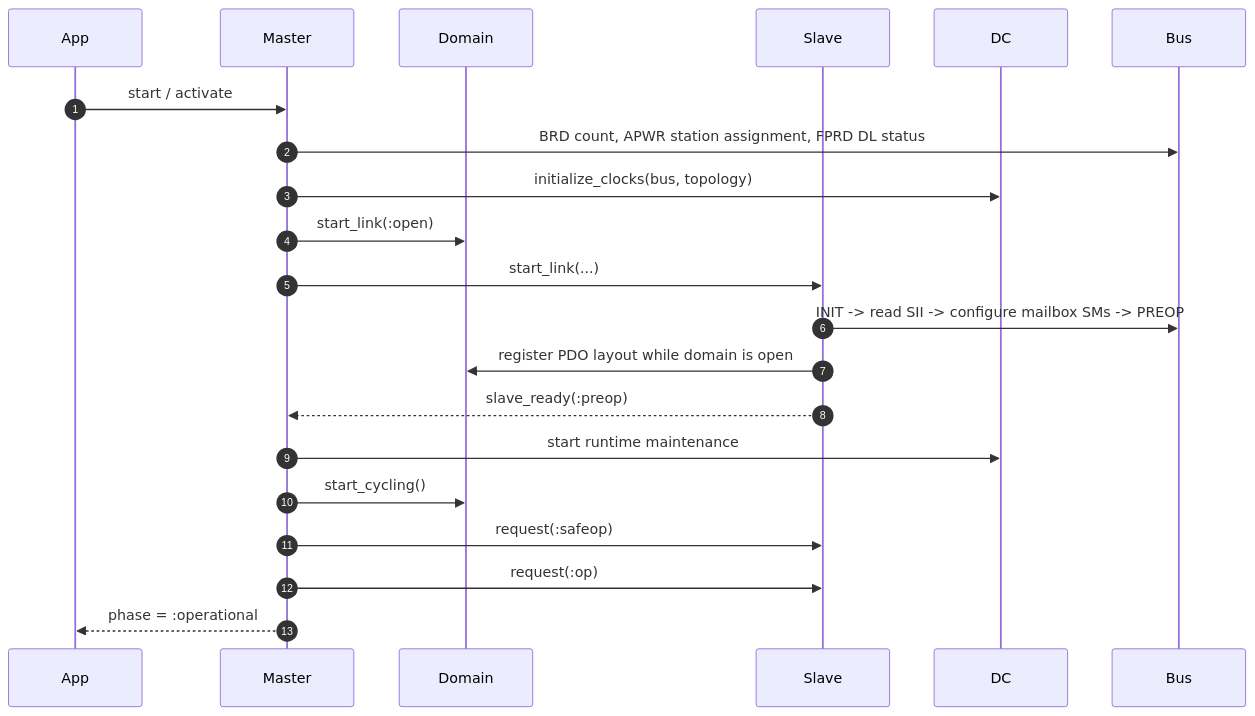
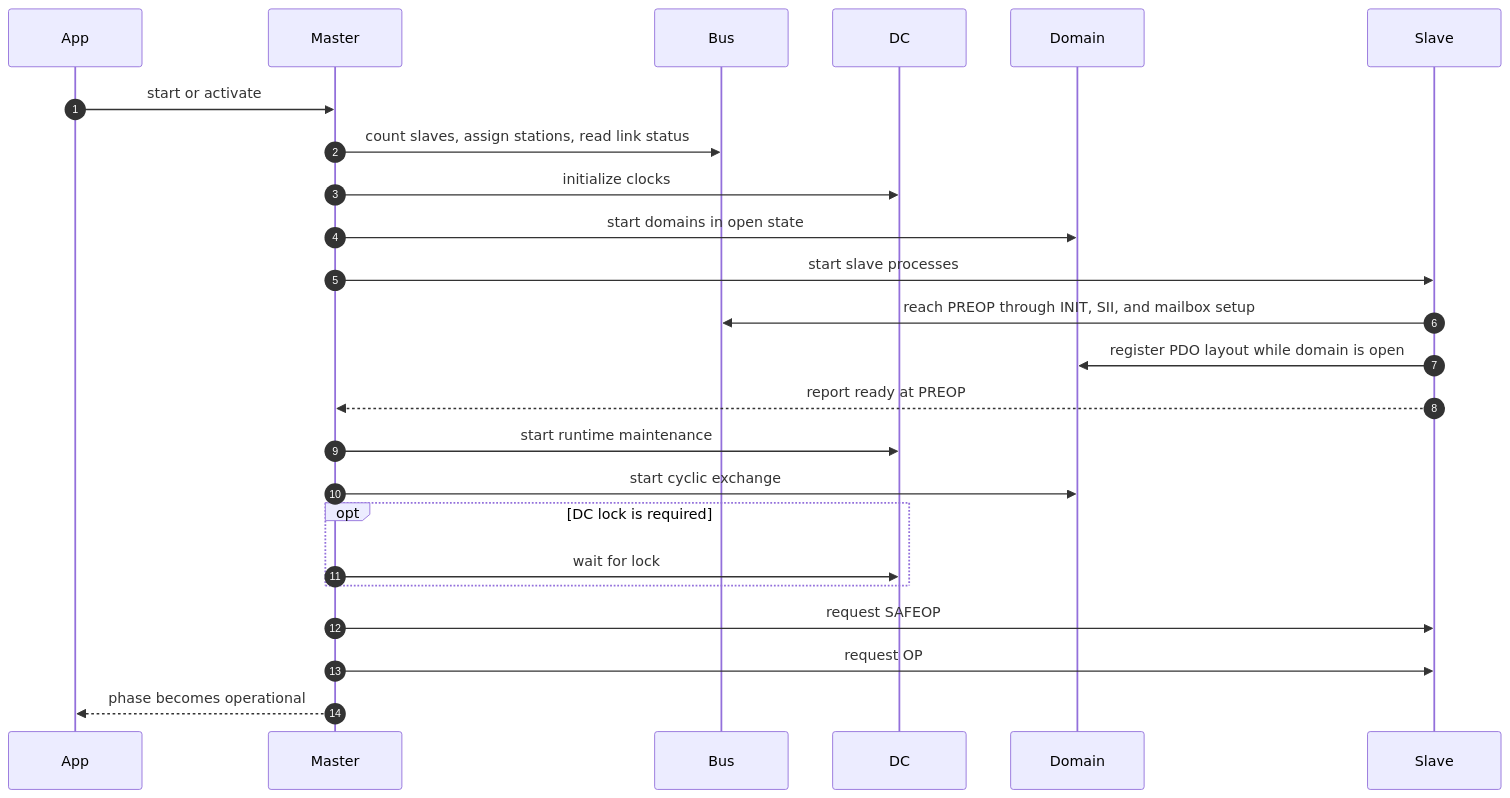
The third of 4 diagrams in docs/design-docs/lifecycle-spec-alignment-review.md (sid2baker/ethercat), drawn with Mermaid before and after one commit. The commit also changed other lines of this file and 2 other files, not shown here.

First line of the commit message:
docs: improve Mermaid lifecycle diagrams

````diff
--- a/docs/design-docs/lifecycle-spec-alignment-review.md
+++ b/docs/design-docs/lifecycle-spec-alignment-review.md
@@ -216,24 +216,27 @@
 ```mermaid
 sequenceDiagram
     autonumber
     participant App
     participant Master
+    participant Bus
+    participant DC
     participant Domain
     participant Slave
-    participant DC
-    participant Bus
 
-    App->>Master: start / activate
-    Master->>Bus: BRD count, APWR station assignment, FPRD DL status
-    Master->>DC: initialize_clocks(bus, topology)
-    Master->>Domain: start_link(:open)
-    Master->>Slave: start_link(...)
-    Slave->>Bus: INIT -> read SII -> configure mailbox SMs -> PREOP
+    App->>Master: start or activate
+    Master->>Bus: count slaves, assign stations, read link status
+    Master->>DC: initialize clocks
+    Master->>Domain: start domains in open state
+    Master->>Slave: start slave processes
+    Slave->>Bus: reach PREOP through INIT, SII, and mailbox setup
     Slave->>Domain: register PDO layout while domain is open
-    Slave-->>Master: slave_ready(:preop)
+    Slave-->>Master: report ready at PREOP
     Master->>DC: start runtime maintenance
-    Master->>Domain: start_cycling()
-    Master->>Slave: request(:safeop)
-    Master->>Slave: request(:op)
-    Master-->>App: phase = :operational
+    Master->>Domain: start cyclic exchange
+    opt DC lock is required
+        Master->>DC: wait for lock
+    end
+    Master->>Slave: request SAFEOP
+    Master->>Slave: request OP
+    Master-->>App: phase becomes operational
 ```
````
